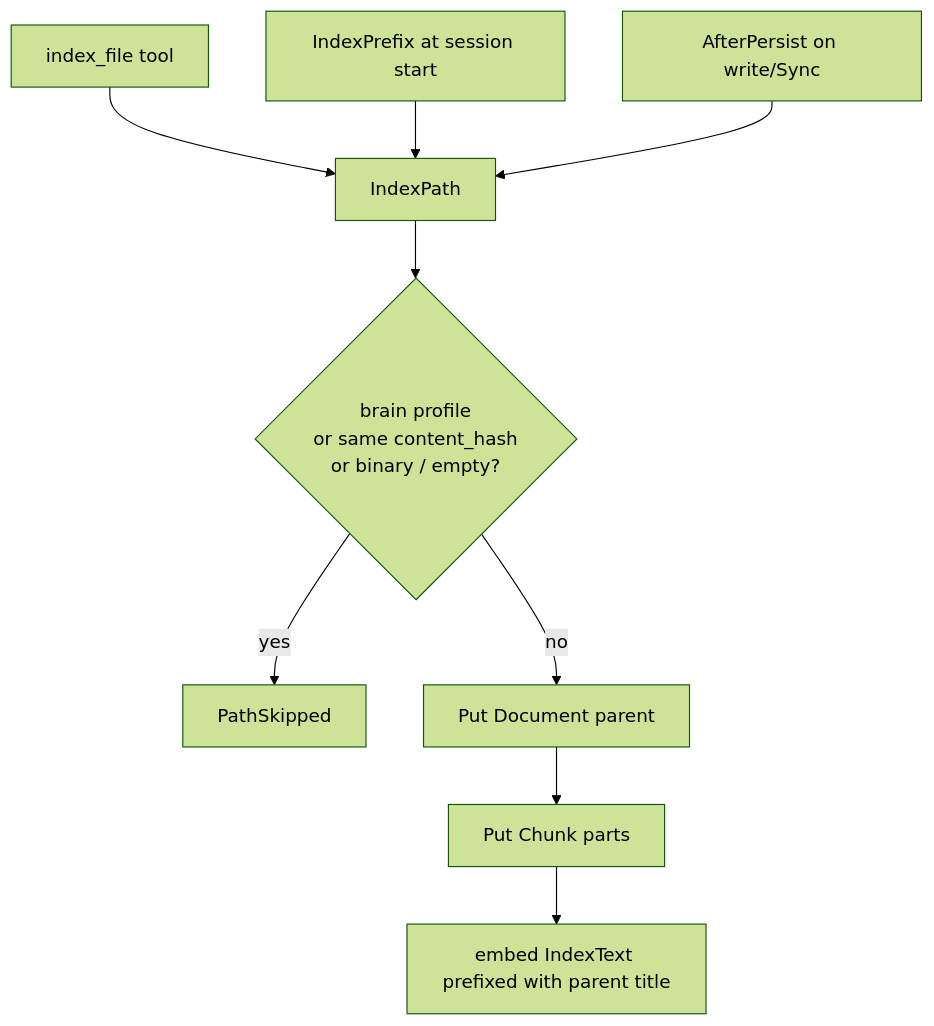
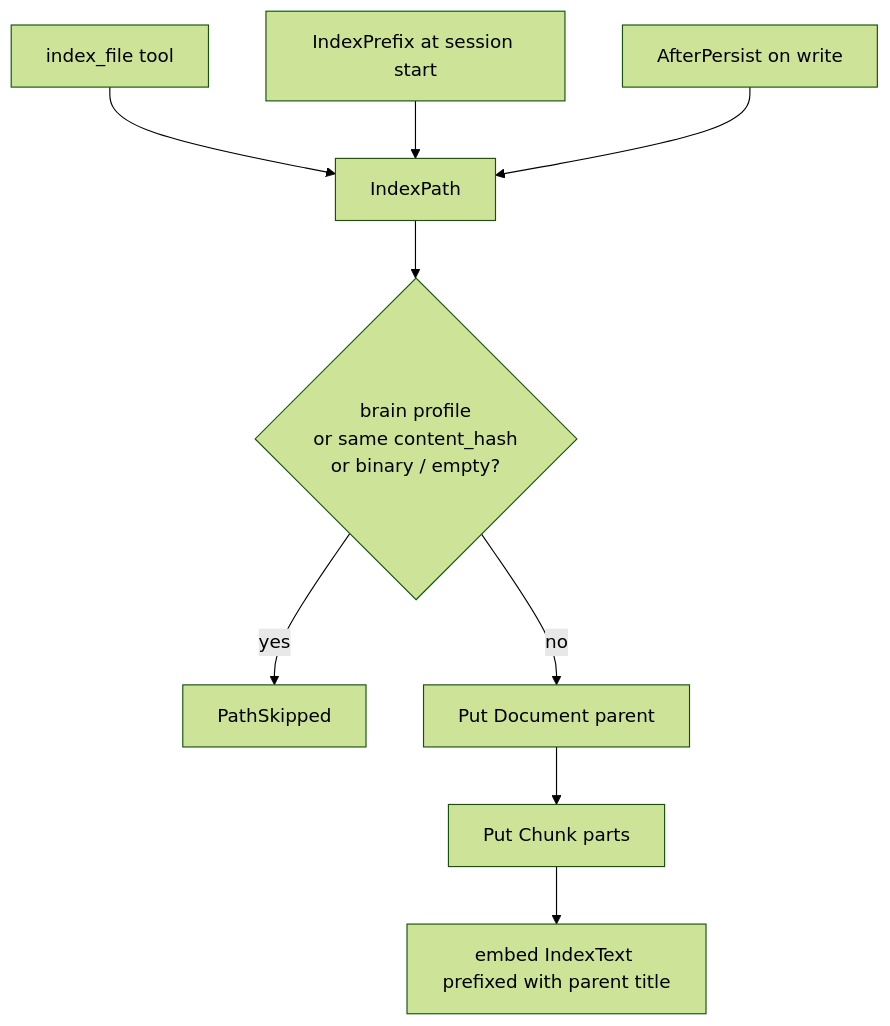
The fourth of 8 diagrams in docs/knowledge.md (Ryanaldo34/tacklr), drawn with Mermaid (forest theme) before and after one commit. The commit also changed other lines of this file and 92 other files, not shown here.

````diff
--- a/docs/knowledge.md
+++ b/docs/knowledge.md
@@ -315,11 +315,11 @@
 ```mermaid
 flowchart TD
     A[index_file tool] --> IP[IndexPath]
     B[IndexPrefix at session start] --> IP
-    C[AfterPersist on write/Sync] --> IP
+    C[AfterPersist on write] --> IP
     IP --> Skip{brain profile<br/>or same content_hash<br/>or binary / empty?}
     Skip -->|yes| Out[PathSkipped]
     Skip -->|no| Doc[Put Document parent]
     Doc --> Chunks[Put Chunk parts]
     Chunks --> Emb[embed IndexText prefixed with parent title]
 ```
````
